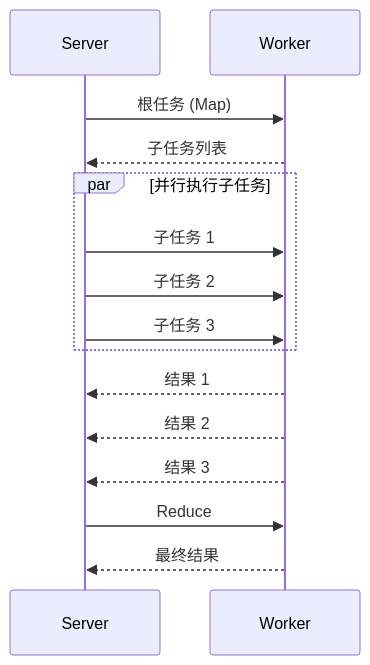
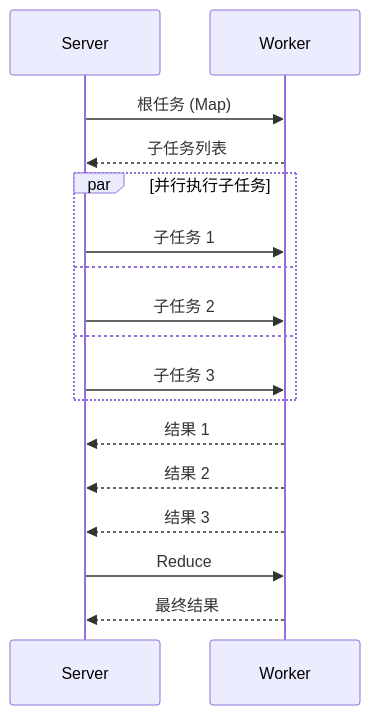
The sixth of 6 diagrams in zh/guide/execution-mode.md (Echo009/PowerJob-Docs), drawn with Mermaid before and after one commit. The commit also changed other lines of this file and 4 other files, not shown here.

Commit message:
feat: 集成 Mermaid 图表渲染并修复语法错误

````diff
--- a/zh/guide/execution-mode.md
+++ b/zh/guide/execution-mode.md
@@ -252,21 +254,23 @@
 ```mermaid
 sequenceDiagram
     participant S as Server
     participant W as Worker
 
     S->>W: 根任务 (Map)
     W-->>S: 子任务列表
 
     par 并行执行子任务
         S->>W: 子任务 1
+    and
         S->>W: 子任务 2
+    and
         S->>W: 子任务 3
     end
 
     W-->>S: 结果 1
     W-->>S: 结果 2
     W-->>S: 结果 3
 
     S->>W: Reduce
     W-->>S: 最终结果
 ```
````
